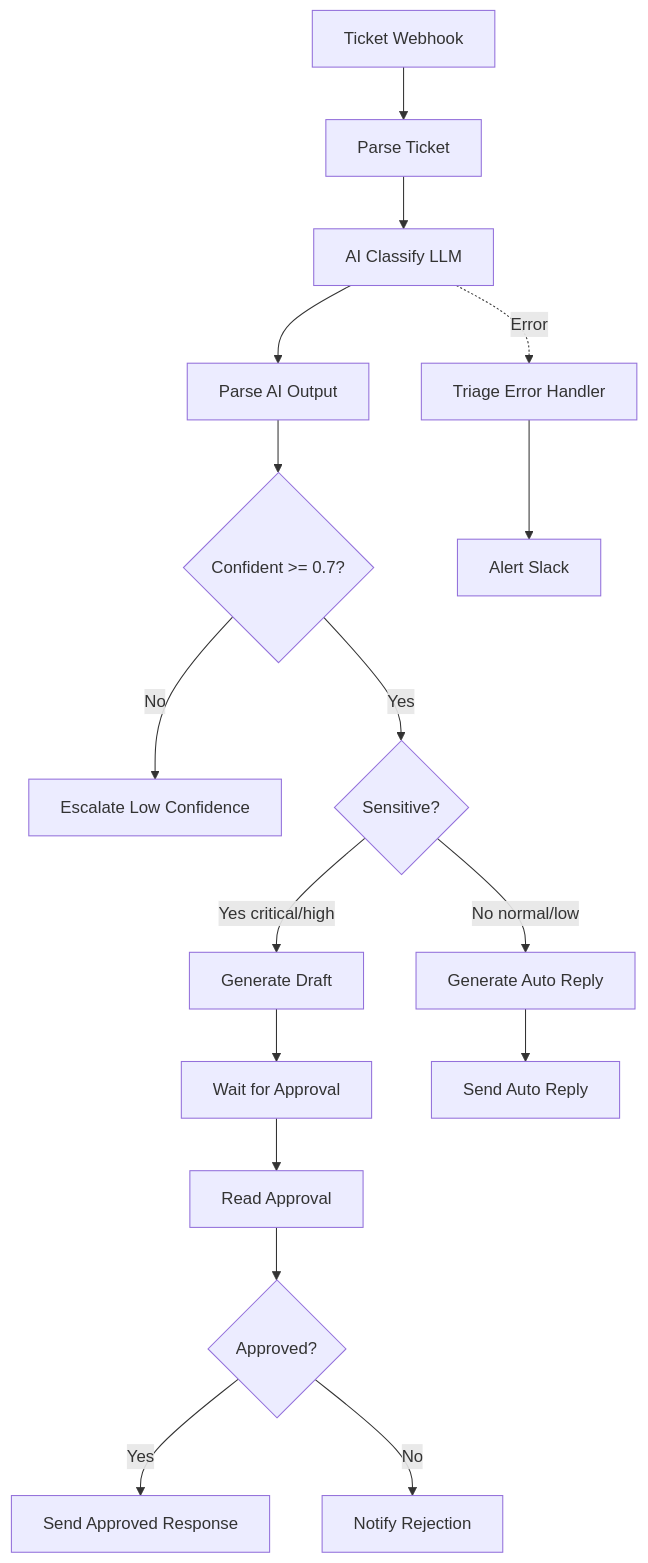
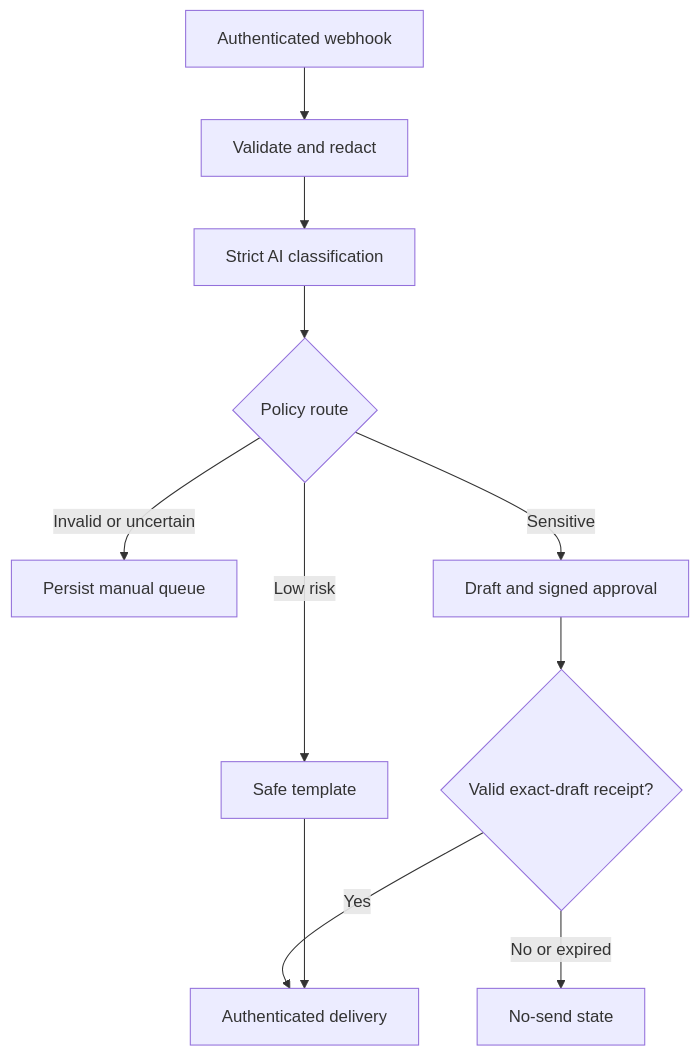
The diagram in 49-ai-ticket-triage/README.md (kooroosh1363/agentic-automation-lab), drawn with Mermaid before and after one commit. The commit also changed other lines of this file and 24 other files, not shown here.

First line of the commit message:
Upgrade project 49 with controlled triage and signed approval (#6)

````diff
--- a/49-ai-ticket-triage/README.md
+++ b/49-ai-ticket-triage/README.md
@@ -27,20 +25,13 @@
 ```mermaid
-graph TD
-    Webhook[Ticket Webhook] --> Parse[Parse Ticket]
-    Parse --> Classify[AI Classify LLM]
-    Classify --> ParseAI[Parse AI Output]
-    ParseAI --> Conf{Confident >= 0.7?}
-    Conf -->|No| Escalate[Escalate Low Confidence]
-    Conf -->|Yes| Sens{Sensitive?}
-    Sens -->|Yes critical/high| Draft[Generate Draft]
-    Sens -->|No normal/low| Auto[Generate Auto Reply]
-    Draft --> Wait[Wait for Approval]
-    Wait --> Read[Read Approval]
-    Read --> Appr{Approved?}
-    Appr -->|Yes| SendAppr[Send Approved Response]
-    Appr -->|No| Reject[Notify Rejection]
-    Auto --> SendAuto[Send Auto Reply]
-
-    Classify -.->|Error| ErrHandler[Triage Error Handler]
-    ErrHandler --> Slack[Alert Slack]
+flowchart TD
+    A[Authenticated webhook] --> B[Validate and redact]
+    B --> C[Strict AI classification]
+    C --> D{Policy route}
+    D -->|Invalid or uncertain| E[Persist manual queue]
+    D -->|Low risk| F[Safe template]
+    D -->|Sensitive| G[Draft and signed approval]
+    G --> H{Valid exact-draft receipt?}
+    H -->|No or expired| I[No-send state]
+    H -->|Yes| J[Authenticated delivery]
+    F --> J
 ```
````
